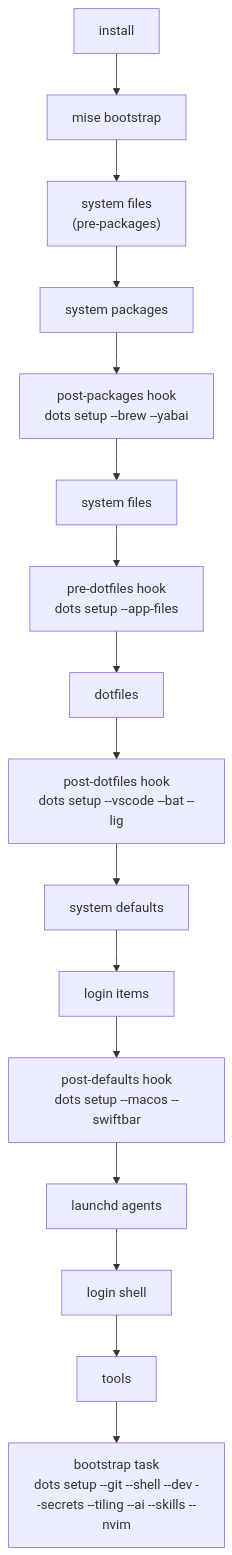
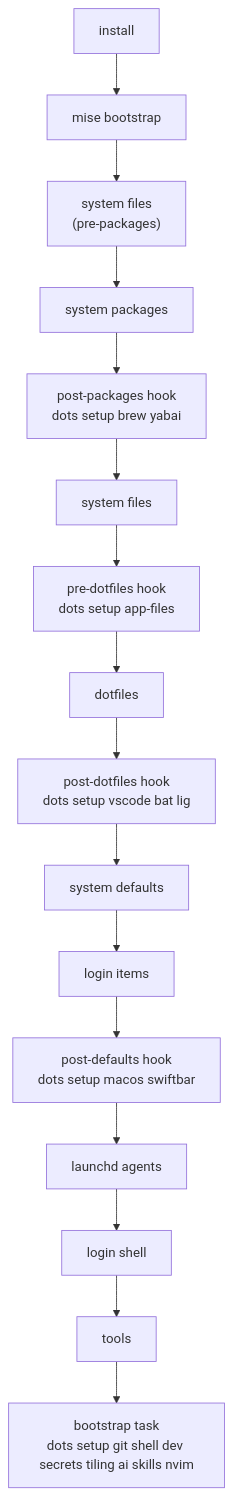
The diagram in docs/BOOTSTRAP.md (roalcantara/dots), drawn with Mermaid before and after one commit. The commit also changed other lines of this file and 9 other files, not shown here.

First line of the commit message:
refactor(dots): Take setup parts, backup actions and profiles as arguments

````diff
--- a/docs/BOOTSTRAP.md
+++ b/docs/BOOTSTRAP.md
@@ -27,18 +27,18 @@
 ```mermaid
 flowchart TD
   install[install] --> bootstrap[mise bootstrap]
   bootstrap --> pre["system files<br/>(pre-packages)"]
   pre --> pkgs[system packages]
-  pkgs --> pp["post-packages hook<br/>dots setup --brew --yabai"]
+  pkgs --> pp["post-packages hook<br/>dots setup brew yabai"]
   pp --> files[system files]
-  files --> preD["pre-dotfiles hook<br/>dots setup --app-files"]
+  files --> preD["pre-dotfiles hook<br/>dots setup app-files"]
   preD --> dots[dotfiles]
-  dots --> postD["post-dotfiles hook<br/>dots setup --vscode --bat --lig"]
+  dots --> postD["post-dotfiles hook<br/>dots setup vscode bat lig"]
   postD --> defs[system defaults]
   defs --> login[login items]
-  login --> postDef["post-defaults hook<br/>dots setup --macos --swiftbar"]
+  login --> postDef["post-defaults hook<br/>dots setup macos swiftbar"]
   postDef --> launchd[launchd agents]
   launchd --> shell[login shell]
   shell --> tools[tools]
-  tools --> final["bootstrap task<br/>dots setup --git --shell --dev --secrets --tiling --ai --skills --nvim"]
+  tools --> final["bootstrap task<br/>dots setup git shell dev secrets tiling ai skills nvim"]
 ```
````
